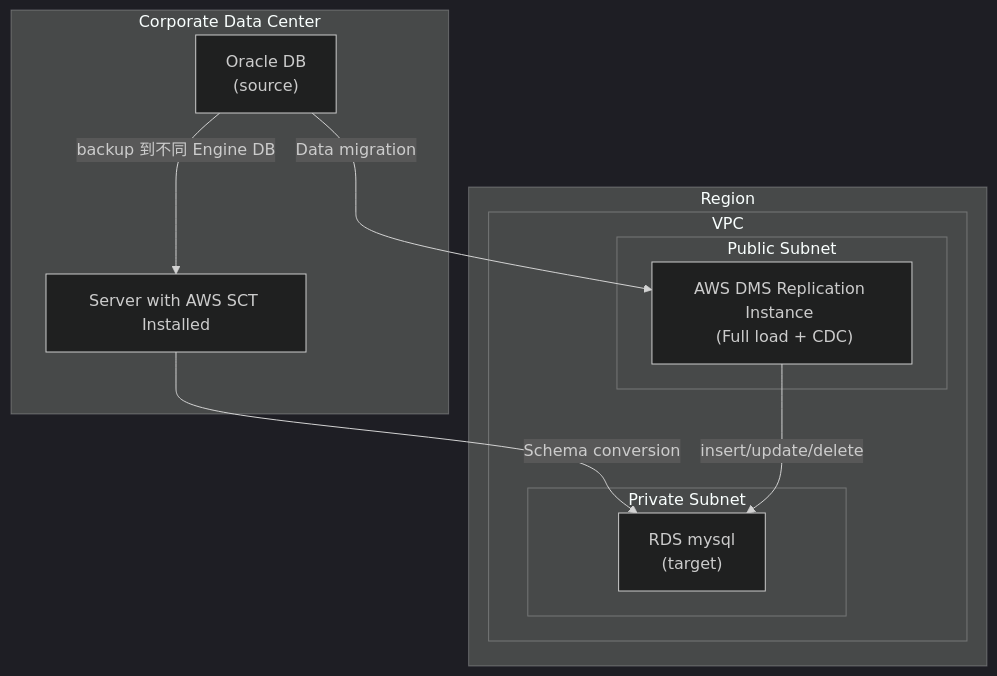
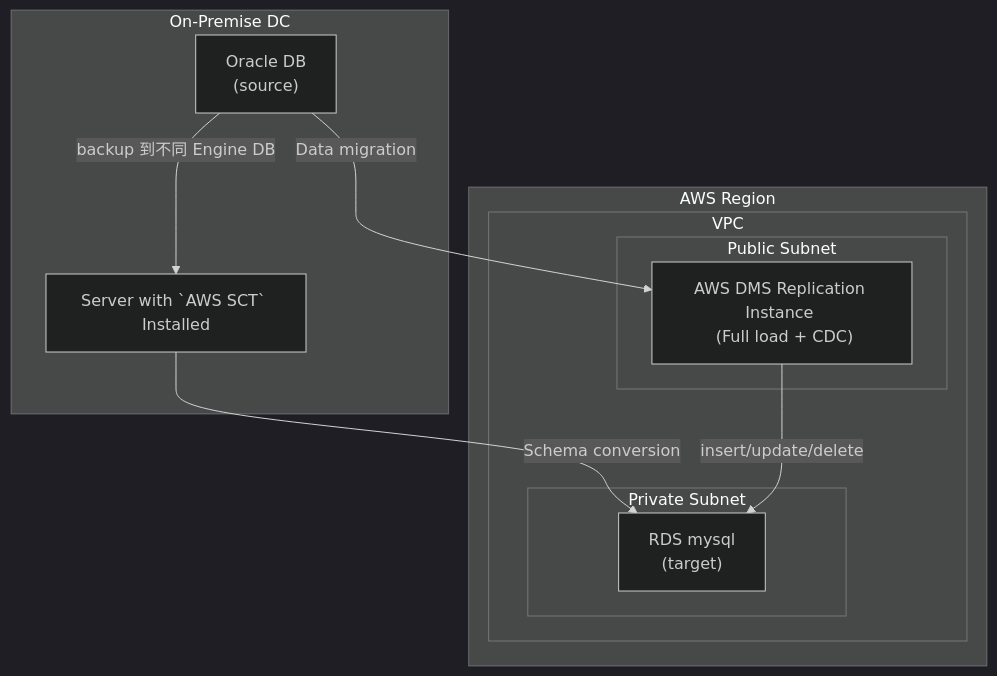
Before and after one commit to cool21540125/documentation-notes: diagram 11 of 14 in aws/cert-SAA_C02.md, drawn with Mermaid (dark theme). The commit also changed other lines of this file and 10 other files, not shown here.

````diff
--- a/aws/cert-SAA_C02.md
+++ b/aws/cert-SAA_C02.md
@@ -630,24 +654,24 @@
 ```mermaid
 flowchart TB
 
-subgraph dc["Corporate Data Center"]
+subgraph dc["On-Premise DC"]
     db["Oracle DB \n (source)"]
-    srv["Server with AWS SCT Installed"]
+    srv["Server with `AWS SCT` Installed"]
 end
 
-subgraph Region
+subgraph AWS Region
     subgraph VPC
         subgraph Public Subnet
             dms["AWS DMS Replication Instance \n (Full load + CDC)"]
         end
         subgraph Private Subnet
             rds["RDS mysql \n (target)"]
         end
     end
 end
 
 db -- Data migration --> dms;
 db -- "backup 到不同 Engine DB" --> srv;
 srv -- Schema conversion --> rds;
 dms -- insert/update/delete --> rds;
 ```
````
